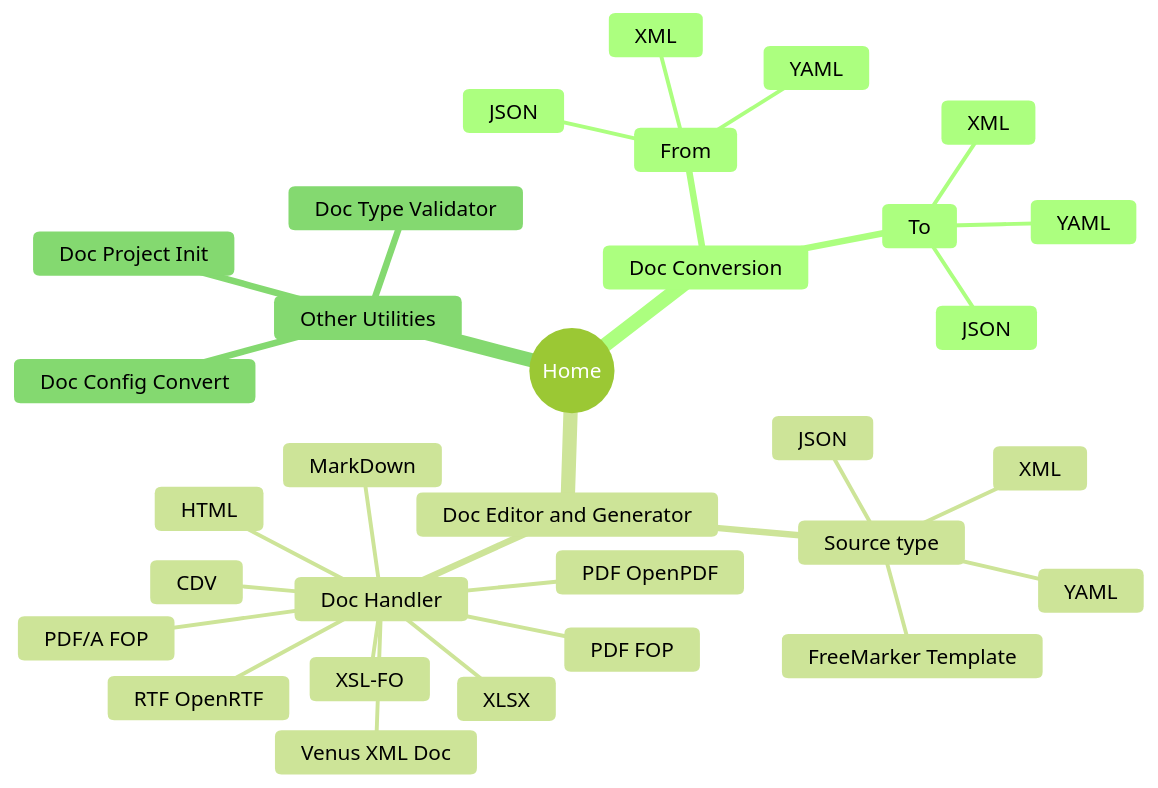
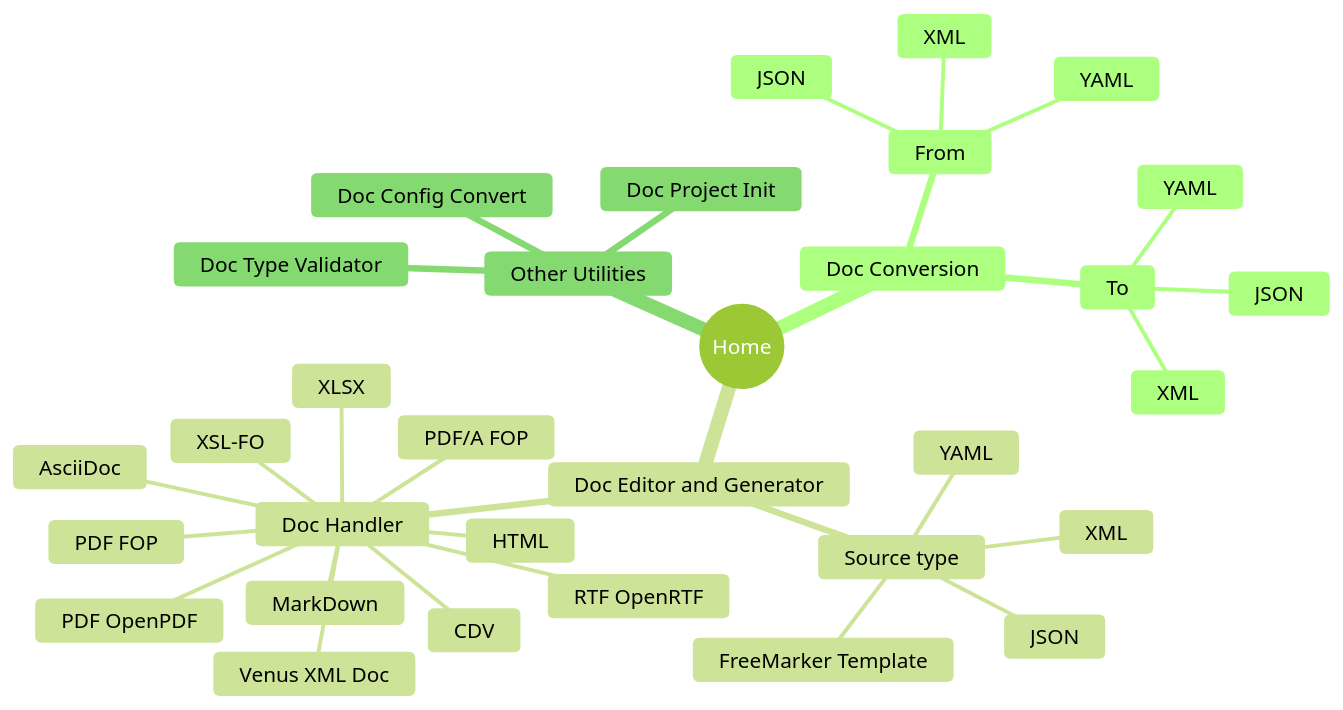
The diagram in fj-doc-guide/src/main/docs/asciidoc/chapters/08_doc-playground.adoc (fugerit-org/fj-doc), drawn with Mermaid (forest theme) before and after one commit. The commit also changed 3 other files, not shown here.

```diff
--- a/fj-doc-guide/src/main/docs/asciidoc/chapters/08_doc-playground.adoc
+++ b/fj-doc-guide/src/main/docs/asciidoc/chapters/08_doc-playground.adoc
@@ -13,35 +13,36 @@
 [mermaid, title="Quarkus Playground Menu"]
 ....
 mindmap
   root((Home))
     Doc Conversion
       From
         XML
         JSON
         YAML
       To
         XML
         JSON
         YAML
     Doc Editor and Generator
       Source type
         FreeMarker Template
         XML
         JSON
         YAML
       Doc Handler
         HTML
         PDF FOP
         PDF/A FOP
         XLSX
         MarkDown
         Venus XML Doc
         XSL-FO
         CDV
         PDF OpenPDF
         RTF OpenRTF
+        AsciiDoc
     Other Utilities
       Doc Project Init
       Doc Type Validator
       Doc Config Convert
 ....
```
